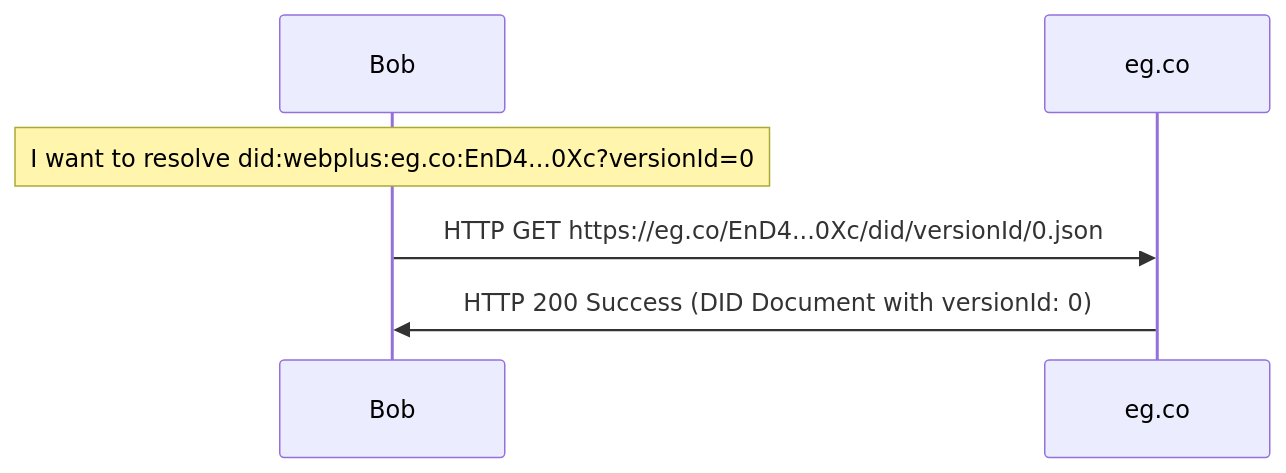
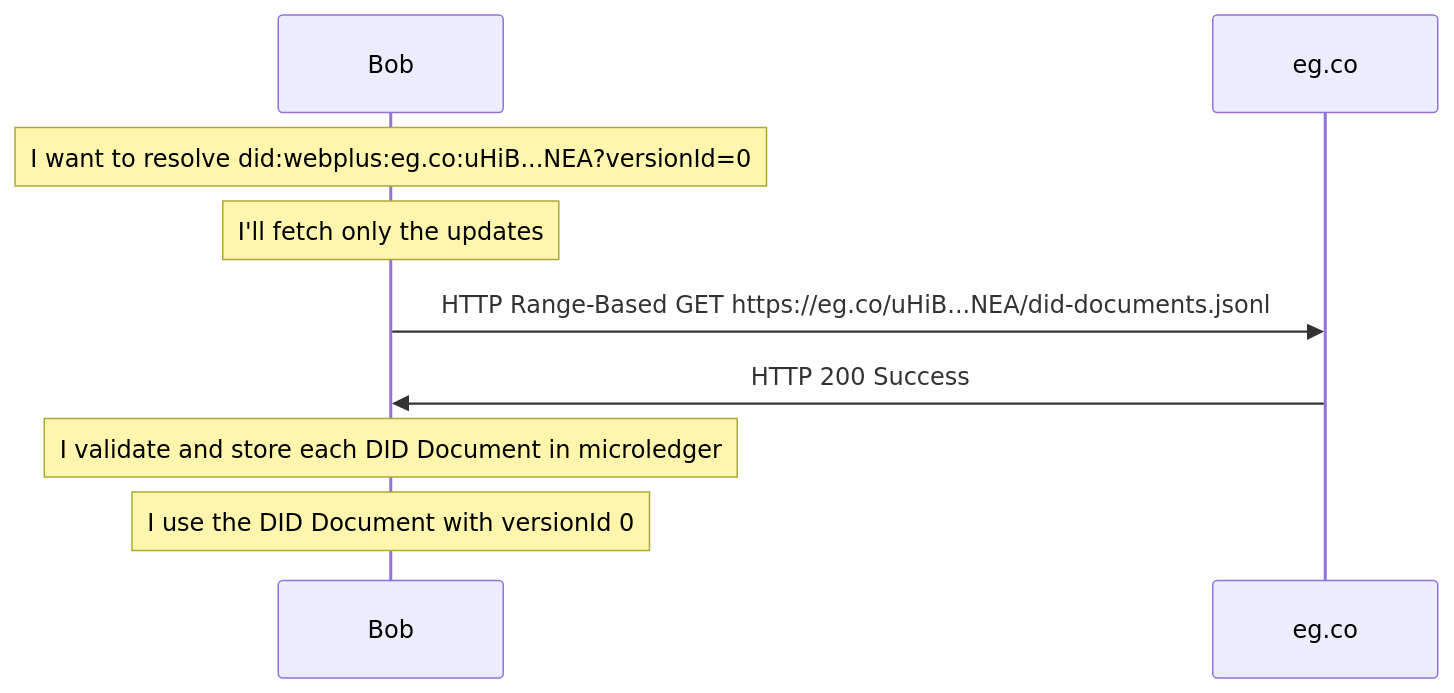
The fourth of 26 diagrams in spec.md (LedgerDomain/did-webplus-spec), drawn with Mermaid before and after one commit. The commit also changed other lines of this file and 3 other files, not shown here.

````diff
--- a/spec.md
+++ b/spec.md
@@ -326,6 +289,9 @@
 ```mermaid
 sequenceDiagram
-    Note over Bob: I want to resolve did:webplus:eg.co:EnD4...0Xc?versionId=0
-    Bob->>eg.co: HTTP GET https://eg.co/EnD4...0Xc/did/versionId/0.json
-    eg.co->>Bob: HTTP 200 Success (DID Document with versionId: 0)
+    Note over Bob: I want to resolve did:webplus:eg.co:uHiB...NEA?versionId=0
+    Note over Bob: I'll fetch only the updates
+    Bob->>eg.co: HTTP Range-Based GET https://eg.co/uHiB...NEA/did-documents.jsonl
+    eg.co->>Bob: HTTP 200 Success
+    Note over Bob: I validate and store each DID Document in microledger
+    Note over Bob: I use the DID Document with versionId 0
 ```
````
